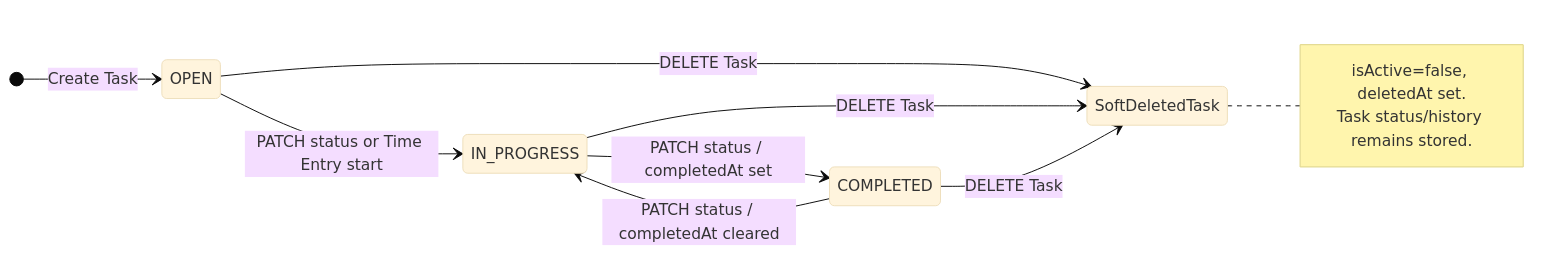
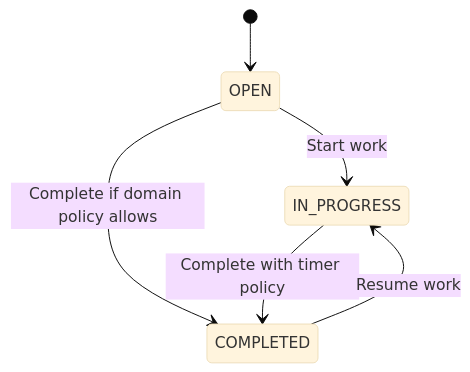
The diagram in doc/diagrams/state-diagram.md (lillianxhub/FreelanceFlow), drawn with Mermaid (base theme) before and after one commit. The commit also changed other lines of this file and 46 other files, not shown here.

````diff
--- a/doc/diagrams/state-diagram.md
+++ b/doc/diagrams/state-diagram.md
@@ -88,15 +15,8 @@
 ```mermaid
 stateDiagram-v2
-    direction LR
-    [*] --> OPEN: Create Task
-    OPEN --> IN_PROGRESS: PATCH status or Time Entry start
-    IN_PROGRESS --> COMPLETED: PATCH status / completedAt set
-    COMPLETED --> IN_PROGRESS: PATCH status / completedAt cleared
-    OPEN --> SoftDeletedTask: DELETE Task
-    IN_PROGRESS --> SoftDeletedTask: DELETE Task
-    COMPLETED --> SoftDeletedTask: DELETE Task
-    note right of SoftDeletedTask
-        isActive=false, deletedAt set.
-        Task status/history remains stored.
-    end note
+  [*] --> OPEN
+  OPEN --> IN_PROGRESS: Start work
+  OPEN --> COMPLETED: Complete if domain policy allows
+  IN_PROGRESS --> COMPLETED: Complete with timer policy
+  COMPLETED --> IN_PROGRESS: Resume work
 ```
````
